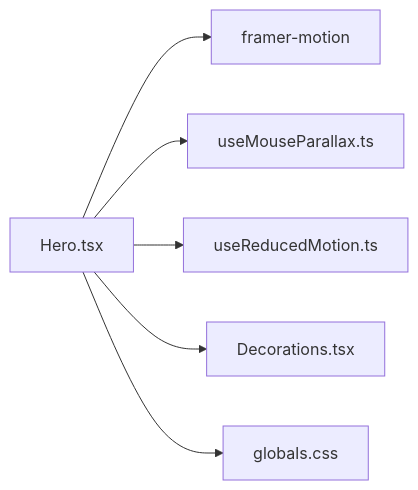
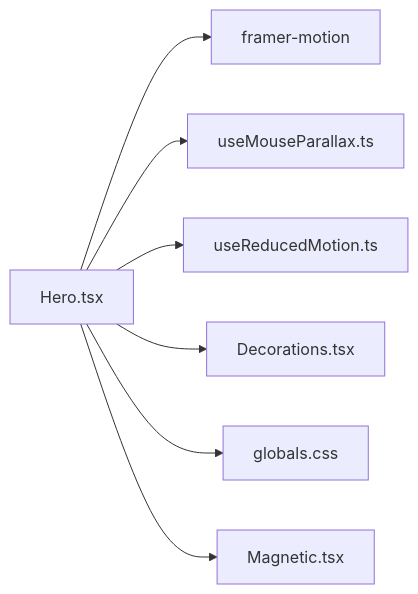
Before and after one commit to tee-15/portfolio-tee: the third of 3 diagrams in .qoder/repowiki/en/content/Core Components/Hero Component.md, drawn with Mermaid. The commit also changed other lines of this file and 27 other files, not shown here.

````diff
--- a/.qoder/repowiki/en/content/Core Components/Hero Component.md
+++ b/.qoder/repowiki/en/content/Core Components/Hero Component.md
@@ -235,8 +263,9 @@
 ```mermaid
 graph LR
 Hero["Hero.tsx"] --> FM["framer-motion"]
 Hero --> UMP["useMouseParallax.ts"]
 Hero --> URM["useReducedMotion.ts"]
 Hero --> DEC["Decorations.tsx"]
 Hero --> CSS["globals.css"]
+Hero --> MAG["Magnetic.tsx"]
 ```
````
